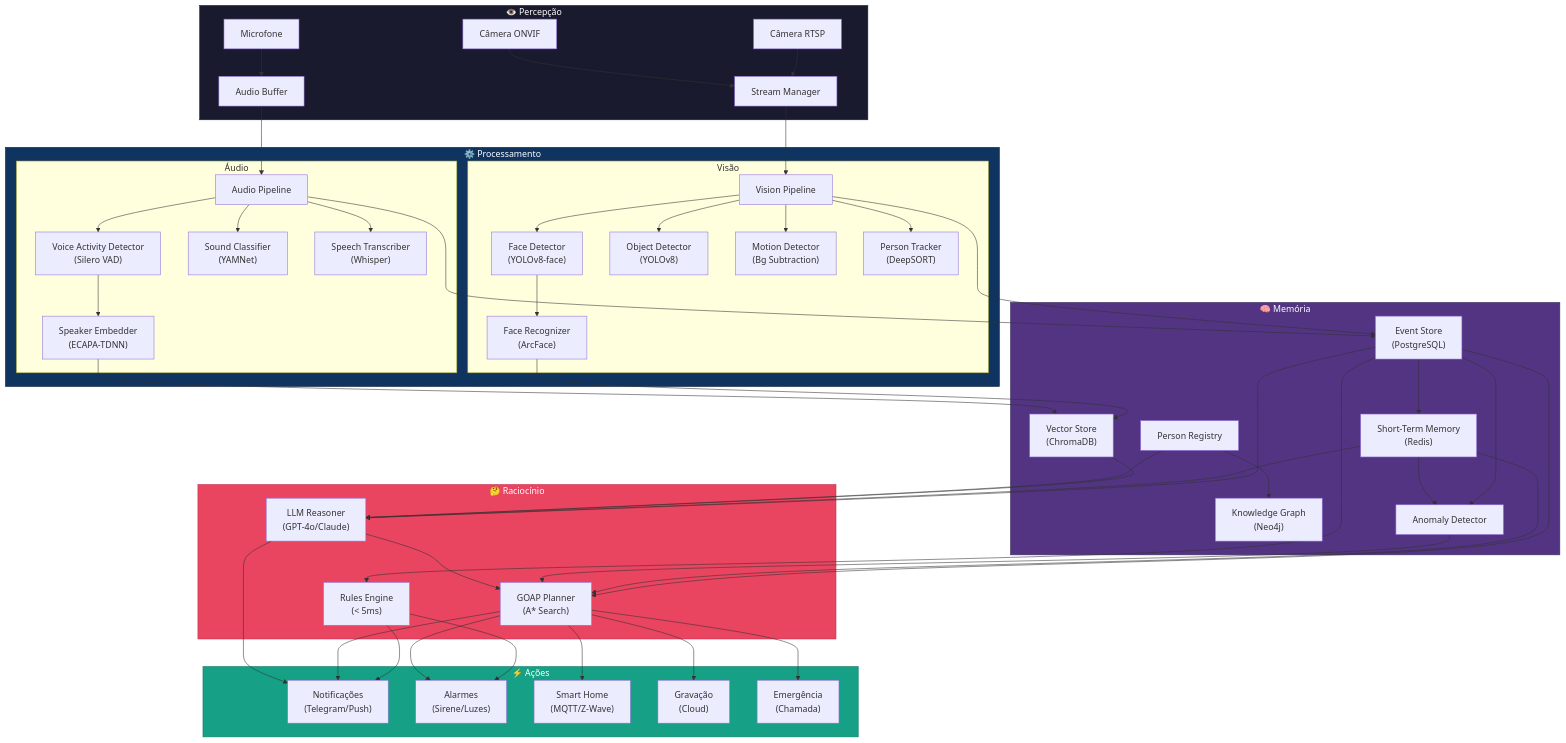
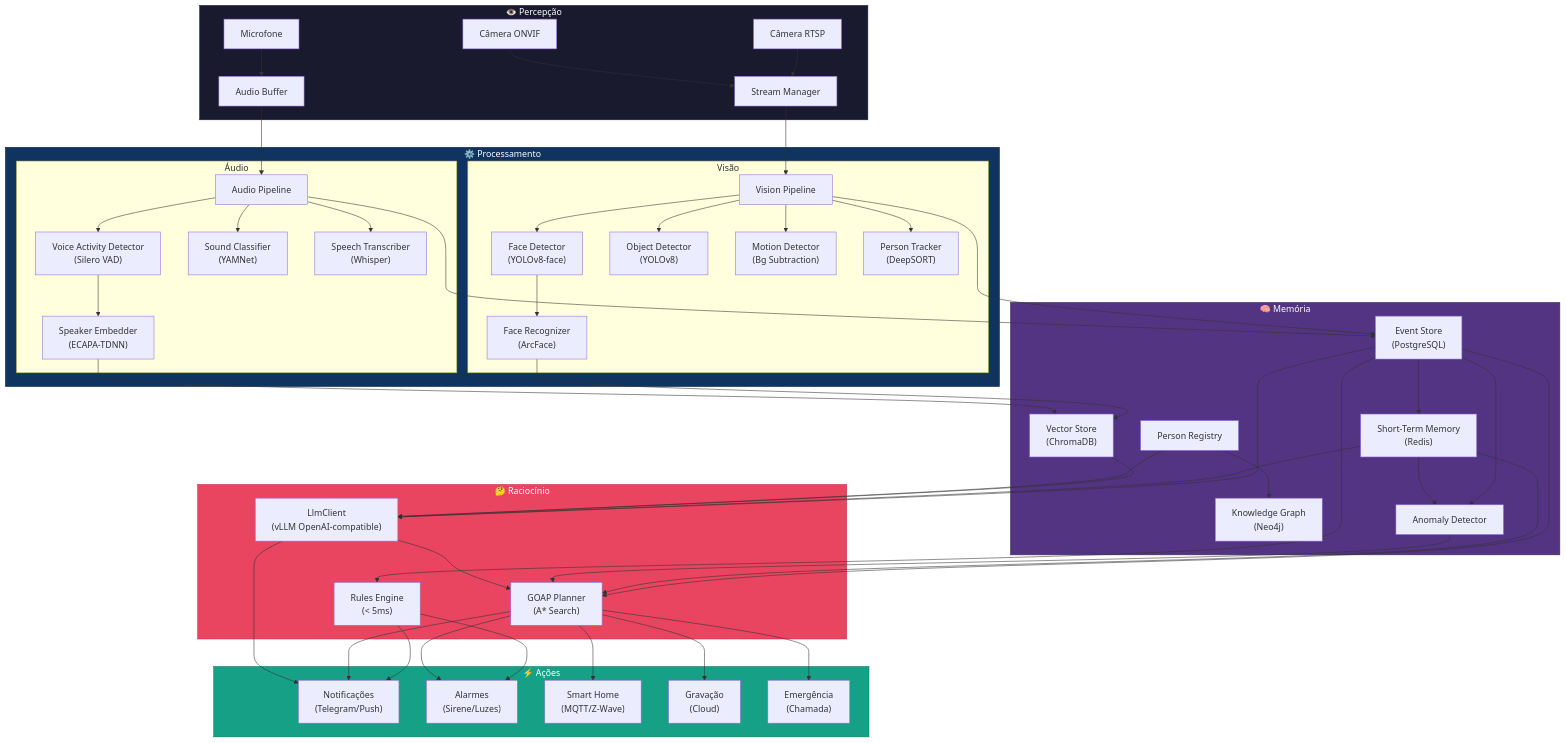
One commit to ZanettiLG/SecurityAgent changed the first of 5 diagrams in docs/diagrams.md. Above: the diagram before and after it, drawn with Mermaid. The commit also changed 39 other files, not shown here.

```diff
--- a/docs/diagrams.md
+++ b/docs/diagrams.md
@@ -45,7 +45,7 @@
     subgraph Reasoning["🤔 Raciocínio"]
         RE["Rules Engine\n(< 5ms)"]
         GP["GOAP Planner\n(A* Search)"]
-        LLM["LLM Reasoner\n(GPT-4o/Claude)"]
+        LLM["LlmClient<br/>(vLLM OpenAI-compatible)"]
     end
 
     subgraph Actions["⚡ Ações"]
```
